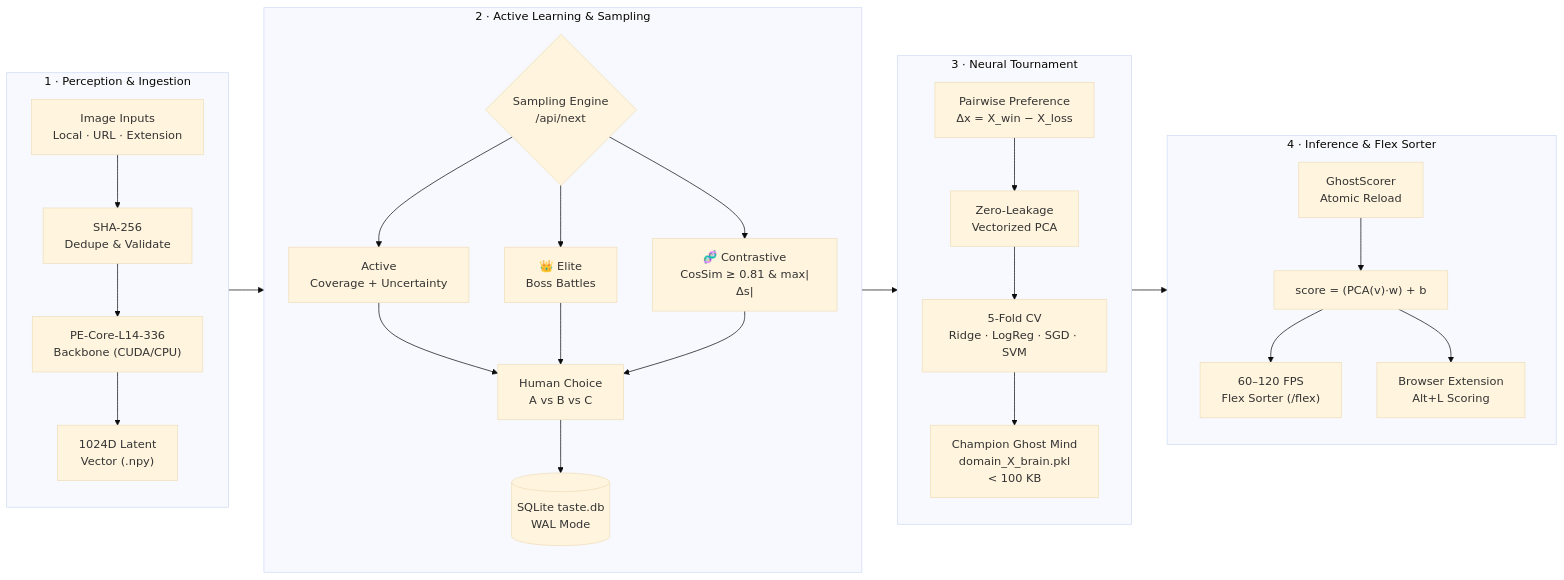
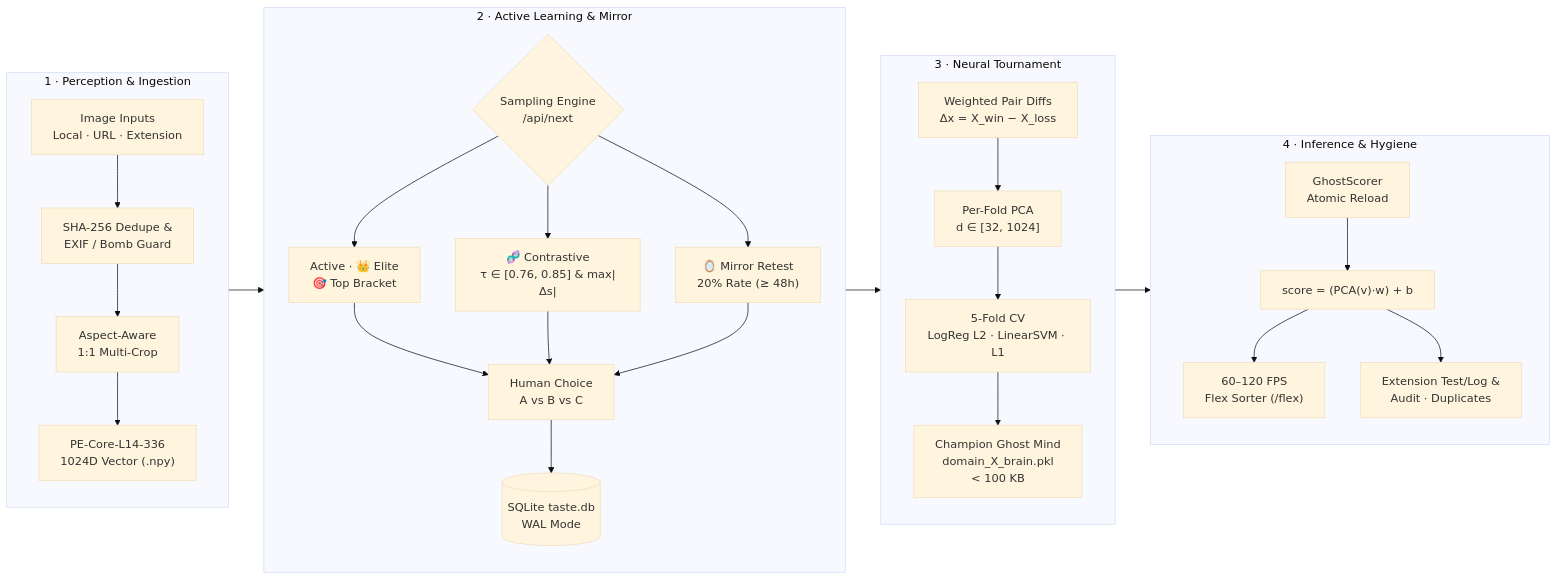
One commit to rachit9876/ghost-in-the-gpu changed the diagram in README.md. Above: the diagram before and after it, drawn with Mermaid (base theme). The commit also changed other lines of this file, not shown here.

````diff
--- a/README.md
+++ b/README.md
@@ -69,49 +76,49 @@
 ```mermaid
 flowchart LR
     subgraph L1["1 · Perception & Ingestion"]
         direction TB
         A["Image Inputs<br/>Local · URL · Extension"]
-        B["SHA-256<br/>Dedupe & Validate"]
-        C["PE-Core-L14-336<br/>Backbone (CUDA/CPU)"]
-        D["1024D Latent<br/>Vector (.npy)"]
+        B["SHA-256 Dedupe &<br/>EXIF / Bomb Guard"]
+        C["Aspect-Aware<br/>1:1 Multi-Crop"]
+        D["PE-Core-L14-336<br/>1024D Vector (.npy)"]
         A --> B --> C --> D
     end
 
-    subgraph L2["2 · Active Learning & Sampling"]
+    subgraph L2["2 · Active Learning & Mirror"]
         direction TB
         E{"Sampling Engine<br/>/api/next"}
-        F["Active<br/>Coverage + Uncertainty"]
-        G["👑 Elite<br/>Boss Battles"]
-        H["🧬 Contrastive<br/>CosSim ≥ 0.81 & max|Δs|"]
+        F["Active · 👑 Elite<br/>🎯 Top Bracket"]
+        G["🧬 Contrastive<br/>τ ∈ [0.76, 0.85] & max|Δs|"]
+        H["🪞 Mirror Retest<br/>20% Rate (≥ 48h)"]
         I["Human Choice<br/>A vs B vs C"]
         J[("SQLite taste.db<br/>WAL Mode")]
         E --> F --> I
         E --> G --> I
         E --> H --> I
         I --> J
     end
 
     subgraph L3["3 · Neural Tournament"]
         direction TB
-        K["Pairwise Preference<br/>Δx = X_win − X_loss"]
-        L["Zero-Leakage<br/>Vectorized PCA"]
-        M["5-Fold CV<br/>Ridge · LogReg · SGD · SVM"]
+        K["Weighted Pair Diffs<br/>Δx = X_win − X_loss"]
+        L["Per-Fold PCA<br/>d ∈ [32, 1024]"]
+        M["5-Fold CV<br/>LogReg L2 · LinearSVM · L1"]
         N["Champion Ghost Mind<br/>domain_X_brain.pkl<br/>&lt; 100 KB"]
         K --> L --> M --> N
     end
 
-    subgraph L4["4 · Inference & Flex Sorter"]
+    subgraph L4["4 · Inference & Hygiene"]
         direction TB
         O["GhostScorer<br/>Atomic Reload"]
         P["score = (PCA(v)·w) + b"]
         Q["60–120 FPS<br/>Flex Sorter (/flex)"]
-        R["Browser Extension<br/>Alt+L Scoring"]
+        R["Extension Test/Log &<br/>Audit · Duplicates"]
         O --> P
         P --> Q
         P --> R
     end
 
     D --> E
     J --> K
     N --> O
 ```
````
